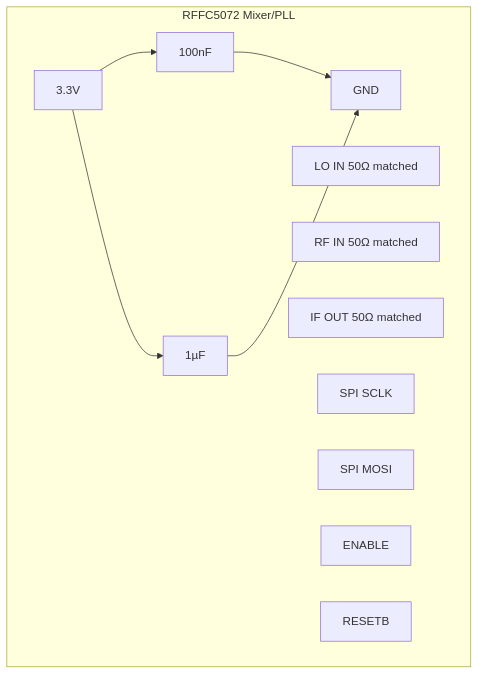
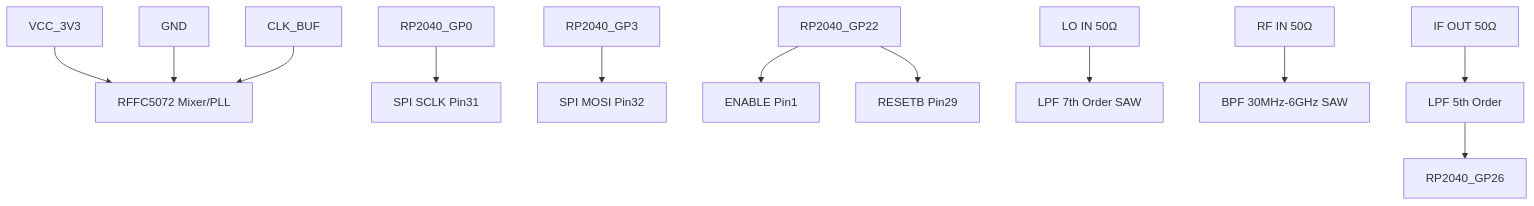
One commit to morteerror404/Goitaca-Hacker-HUB changed the third of 7 diagrams in Squemas/subdivisões/RF/diagrama de conexão.md. Above: the diagram before and after it, drawn with Mermaid. The commit also changed other lines of this file, not shown here.

````diff
--- a/Squemas/subdivisões/RF/diagrama de conexão.md
+++ b/Squemas/subdivisões/RF/diagrama de conexão.md
@@ -44,15 +62,23 @@
 ```mermaid
-%% -------------------- Módulo RFFC5072 Mixer --------------------
 graph TD
-    subgraph MIXER_RFFC5072["RFFC5072 Mixer/PLL"]
-        VDD["3.3V"] --> C9["100nF"] --> GND
-        VDD --> C10["1µF"] --> GND
-        LO_IN["LO IN 50Ω matched"]
-        RF_IN["RF IN 50Ω matched"]
-        IF_OUT["IF OUT 50Ω matched"]
-        SCLK["SPI SCLK"]
-        SDATA["SPI MOSI"]
-        ENBL["ENABLE"]
-        RESET["RESETB"]
-    end
+    %% =============================
+    %% MIXER RFFC5072
+    %% =============================
+    MIXER["RFFC5072 Mixer/PLL"]
+    VCC_3V3 --> MIXER
+    GND --> MIXER
+
+    %% SPI / Controle
+    RP2040_GP0 --> SCLK["SPI SCLK Pin31"]
+    RP2040_GP3 --> SDATA["SPI MOSI Pin32"]
+    RP2040_GP22 --> ENBL["ENABLE Pin1"]
+    RP2040_GP22 --> RESET["RESETB Pin29"]
+
+    %% Entradas RF / LO / IF
+    LO_IN["LO IN 50Ω"] --> FL1["LPF 7th Order SAW"]
+    RF_IN["RF IN 50Ω"] --> FL2["BPF 30MHz-6GHz SAW"]
+    IF_OUT["IF OUT 50Ω"] --> FL3["LPF 5th Order"] --> RP2040_GP26
+
+    %% Clock
+    CLK_BUF --> MIXER
 ```
````
